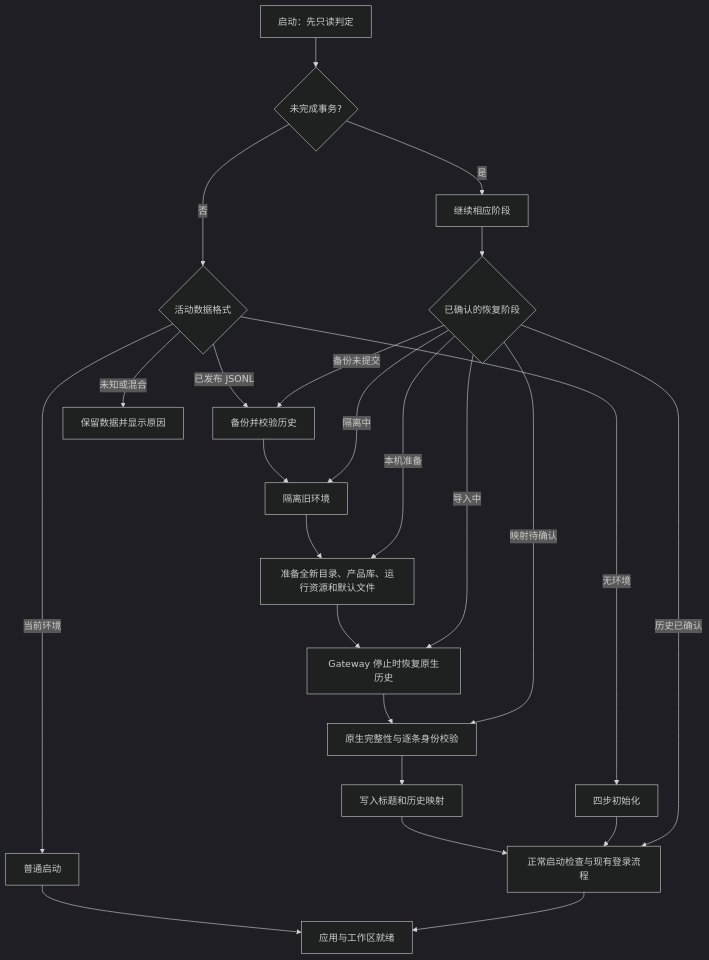
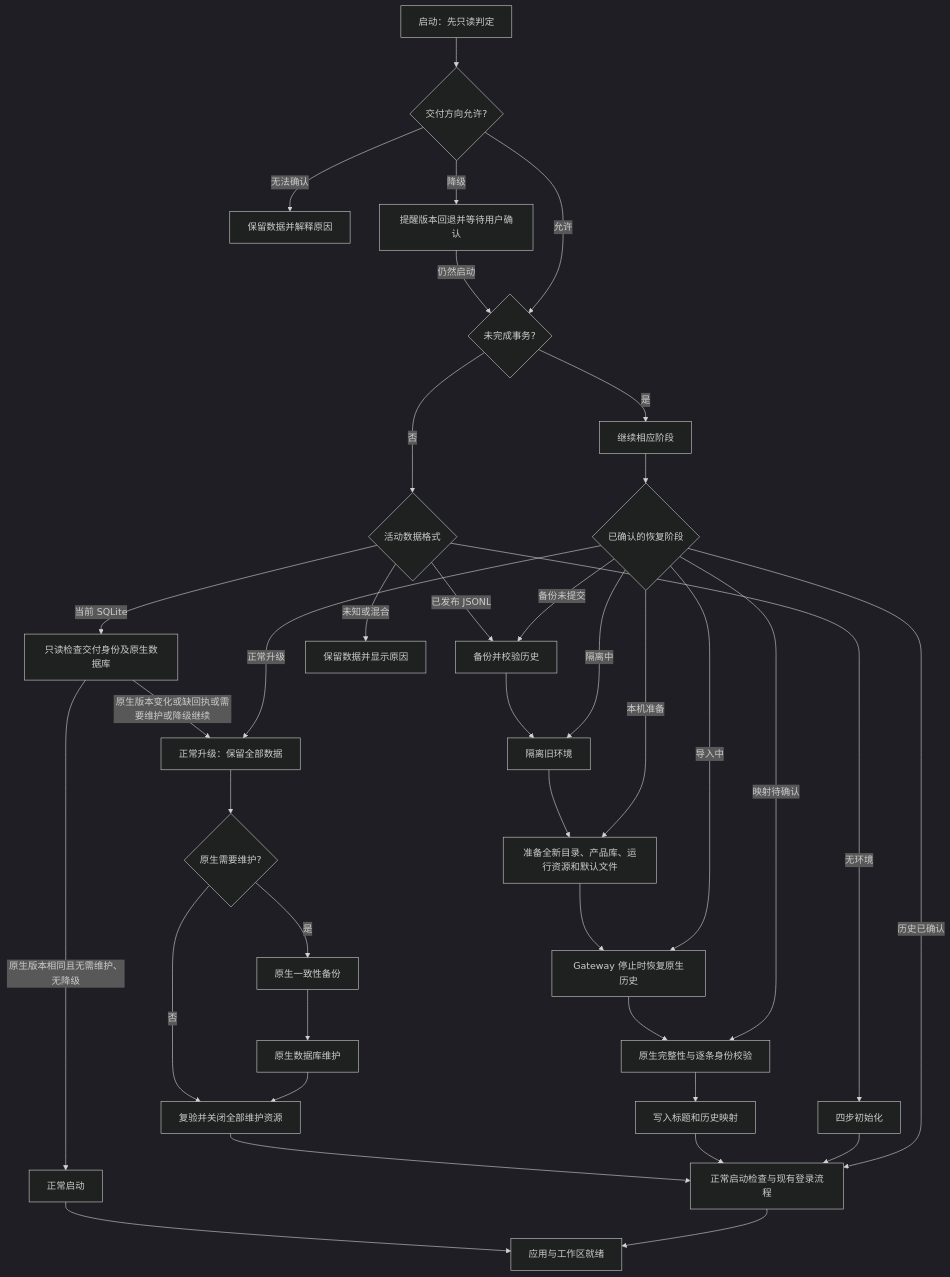
Before and after one commit to liangxhao/JustDo: the diagram in docs/features/app/startup-and-history-upgrade.md, drawn with Mermaid (dark theme). The commit also changed other lines of this file and 457 other files, not shown here.

````diff
--- a/docs/features/app/startup-and-history-upgrade.md
+++ b/docs/features/app/startup-and-history-upgrade.md
@@ -39,26 +43,39 @@
 ```mermaid
 flowchart TD
-  Start[启动：先只读判定] --> Pending{未完成事务?}
+  Start[启动：先只读判定] --> Direction{交付方向允许?}
+  Direction -->|无法确认| Blocked[保留数据并解释原因]
+  Direction -->|降级| Confirm[提醒版本回退并等待用户确认]
+  Confirm -->|仍然启动| Pending
+  Direction -->|允许| Pending{未完成事务?}
   Pending -->|是| Resume[继续相应阶段]
   Pending -->|否| Format{活动数据格式}
   Format -->|无环境| Fresh[四步初始化]
   Format -->|已发布 JSONL| Backup[备份并校验历史]
-  Format -->|当前环境| Normal[普通启动]
+  Format -->|当前 SQLite| Inspect[只读检查交付身份及原生数据库]
+  Inspect -->|原生版本变化或缺回执或需要维护或降级继续| Upgrade[正常升级：保留全部数据]
+  Inspect -->|原生版本相同且无需维护、无降级| Normal[正常启动]
+  Upgrade --> Schema{原生需要维护?}
+  Schema -->|是| NativeBackup[原生一致性备份]
+  Schema -->|否| NativeVerify
+  NativeBackup --> NativeUpgrade[原生数据库维护]
+  NativeUpgrade --> NativeVerify[复验并关闭全部维护资源]
+  NativeVerify --> Check
   Format -->|未知或混合| Error[保留数据并显示原因]
   Backup --> Isolate[隔离旧环境]
   Isolate --> Initialize[准备全新目录、产品库、运行资源和默认文件]
   Initialize --> Restore[Gateway 停止时恢复原生历史]
   Restore --> Verify[原生完整性与逐条身份校验]
   Verify --> Metadata[写入标题和历史映射]
   Metadata --> Check[正常启动检查与现有登录流程]
   Fresh --> Check
   Normal --> Ready[应用与工作区就绪]
   Check --> Ready
   Resume --> Phase{已确认的恢复阶段}
   Phase -->|备份未提交| Backup
   Phase -->|隔离中| Isolate
   Phase -->|本机准备| Initialize
   Phase -->|导入中| Restore
   Phase -->|映射待确认| Verify
   Phase -->|历史已确认| Check
+  Phase -->|正常升级| Upgrade
 ```
````
